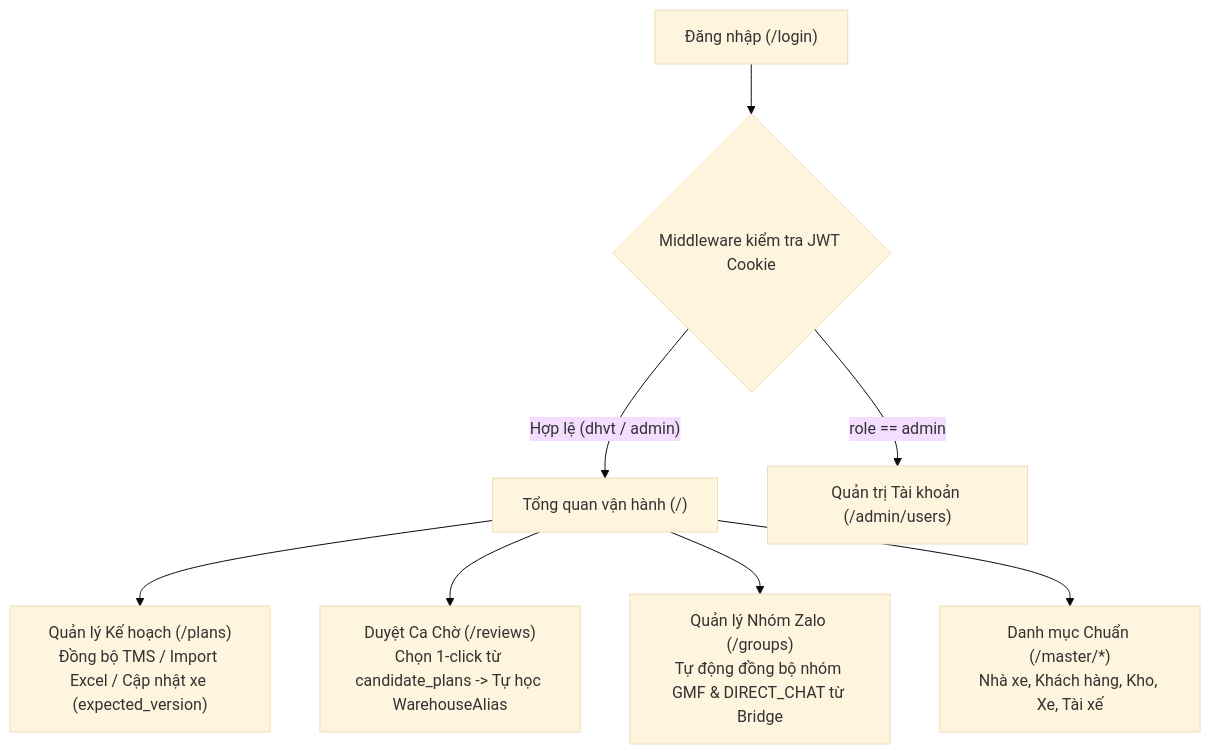
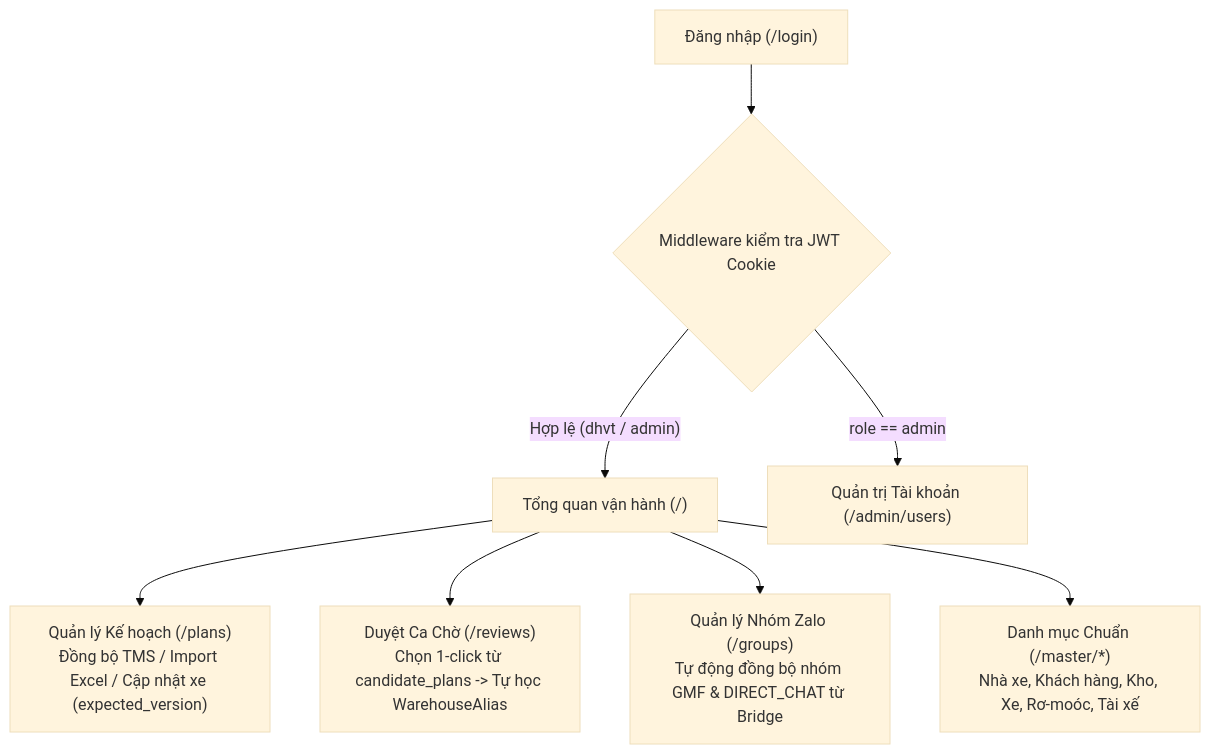
The diagram in frontend/FRONTEND.md (vutiendat2302/vsico_zalo_bot), drawn with Mermaid (base theme) before and after one commit. The commit also changed other lines of this file and 104 other files, not shown here.

````diff
--- a/frontend/FRONTEND.md
+++ b/frontend/FRONTEND.md
@@ -51,10 +54,10 @@
 ```mermaid
 flowchart TD
     LOGIN["Đăng nhập (/login)"] --> MW{"Middleware kiểm tra JWT Cookie"}
     MW -- "Hợp lệ (dhvt / admin)" --> DASH["Tổng quan vận hành (/)"]
     DASH --> PLANS["Quản lý Kế hoạch (/plans)<br/>Đồng bộ TMS / Import Excel / Cập nhật xe (expected_version)"]
     DASH --> REVIEWS["Duyệt Ca Chờ (/reviews)<br/>Chọn 1-click từ candidate_plans -> Tự học WarehouseAlias"]
     DASH --> GROUPS["Quản lý Nhóm Zalo (/groups)<br/>Tự động đồng bộ nhóm GMF & DIRECT_CHAT từ Bridge"]
-    DASH --> MASTER["Danh mục Chuẩn (/master/*)<br/>Nhà xe, Khách hàng, Kho, Xe, Tài xế"]
+    DASH --> MASTER["Danh mục Chuẩn (/master/*)<br/>Nhà xe, Khách hàng, Kho, Xe, Rơ-moóc, Tài xế"]
     MW -- "role == admin" --> USERS["Quản trị Tài khoản (/admin/users)"]
 ```
````
